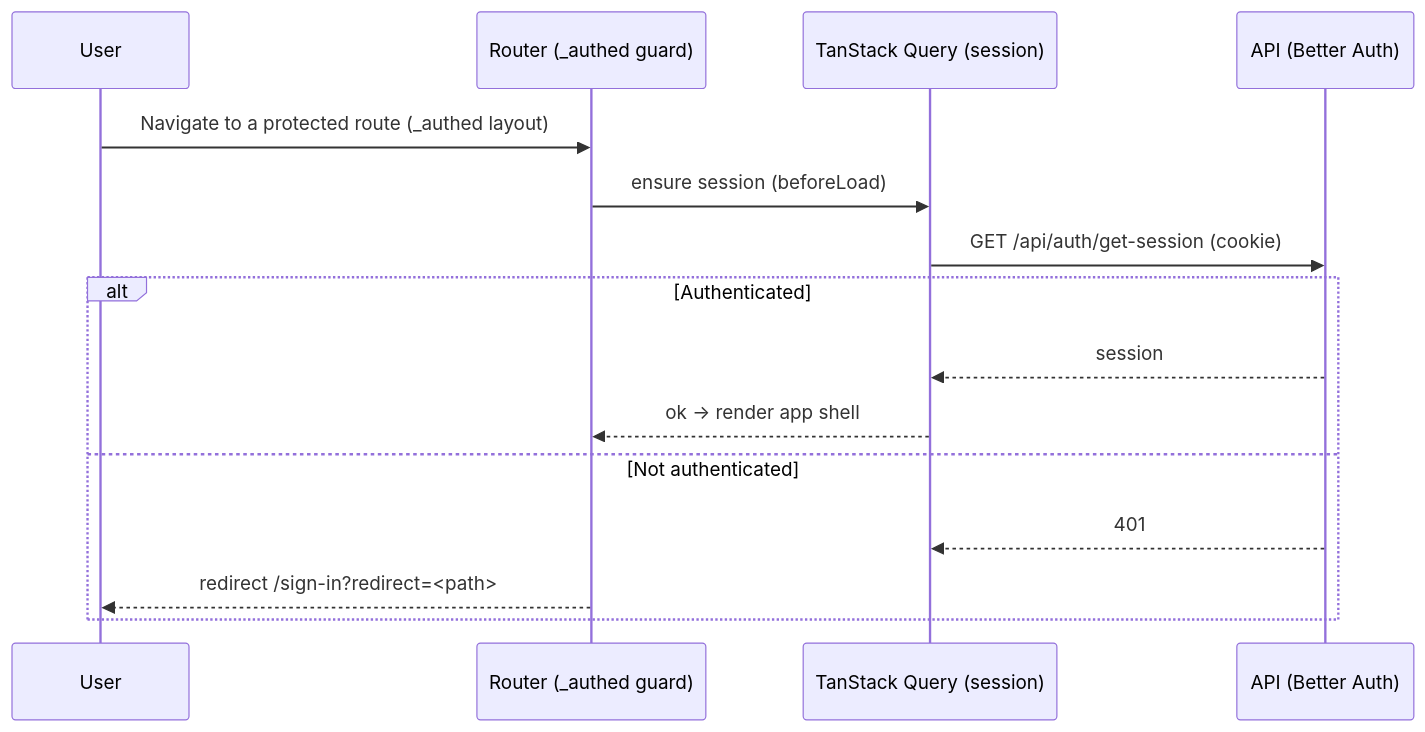
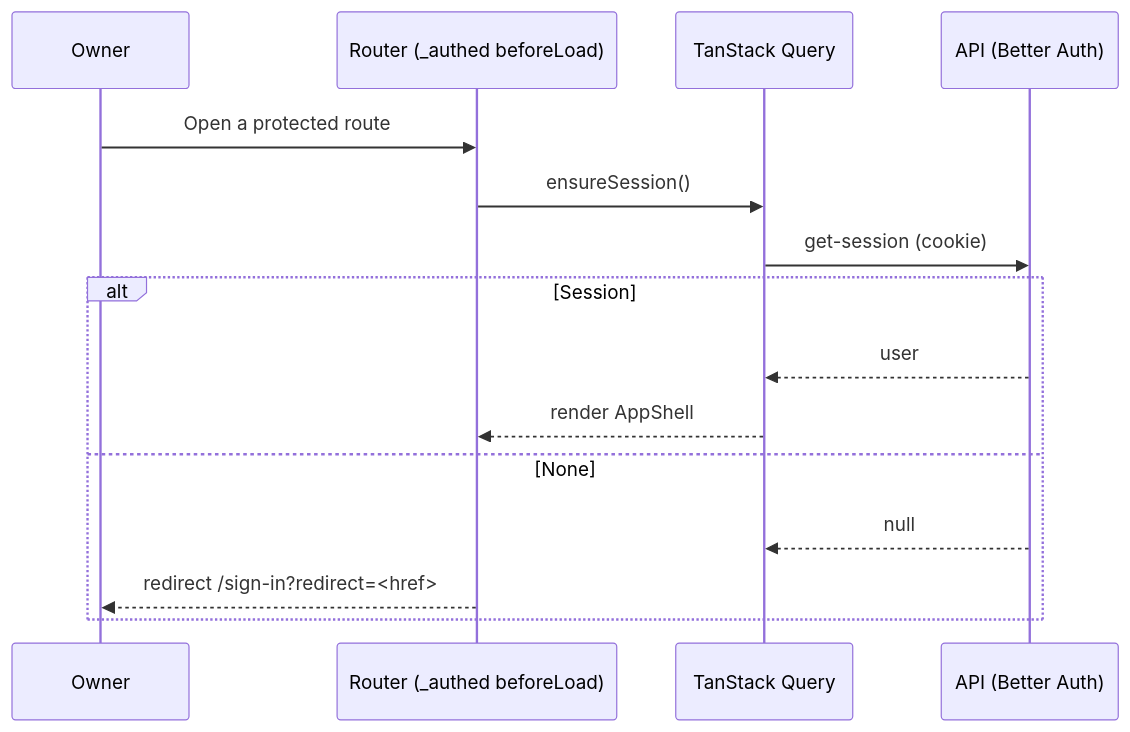
The second of 2 diagrams in docs/FRONTEND_ARCHITECTURE.md (HuttonHomeHub/WorkHub), drawn with Mermaid before and after one commit. The commit also changed other lines of this file and 13 other files, not shown here.

````diff
--- a/docs/FRONTEND_ARCHITECTURE.md
+++ b/docs/FRONTEND_ARCHITECTURE.md
@@ -186,18 +241,18 @@
 ```mermaid
 sequenceDiagram
-  participant U as User
-  participant R as Router (_authed guard)
-  participant Q as TanStack Query (session)
+  participant O as Owner
+  participant R as Router (_authed beforeLoad)
+  participant Q as TanStack Query
   participant A as API (Better Auth)
 
-  U->>R: Navigate to a protected route (_authed layout)
-  R->>Q: ensure session (beforeLoad)
-  Q->>A: GET /api/auth/get-session (cookie)
-  alt Authenticated
-    A-->>Q: session
-    Q-->>R: ok → render app shell
-  else Not authenticated
-    A-->>Q: 401
-    R-->>U: redirect /sign-in?redirect=<path>
+  O->>R: Open a protected route
+  R->>Q: ensureSession()
+  Q->>A: get-session (cookie)
+  alt Session
+    A-->>Q: user
+    Q-->>R: render AppShell
+  else None
+    A-->>Q: null
+    R-->>O: redirect /sign-in?redirect=<href>
   end
 ```
````
